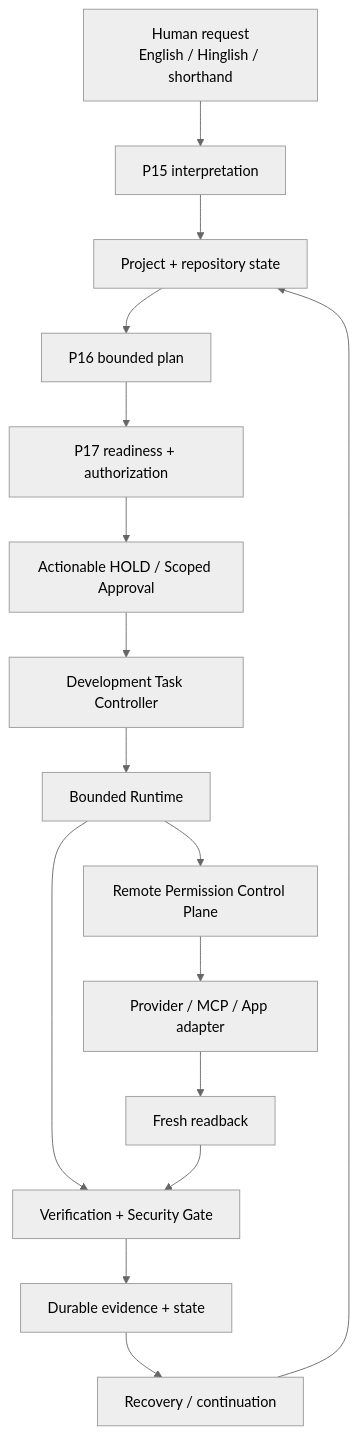
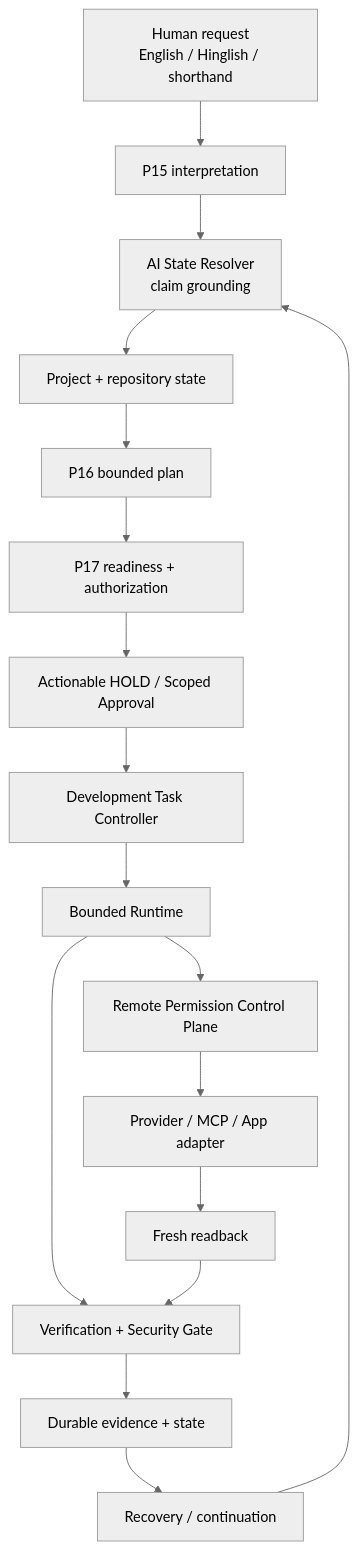
The first of 5 diagrams in docs/DEVOS-MASTER-ENGINEERING-MAP.md (zzpsah/chatgpt-development-os), drawn with Mermaid (neutral theme) before and after one commit. The commit also changed other lines of this file and 1 other file, not shown here.

Commit message:
Preserve resolver state in GitHub auth integration

````diff
--- a/docs/DEVOS-MASTER-ENGINEERING-MAP.md
+++ b/docs/DEVOS-MASTER-ENGINEERING-MAP.md
@@ -87,18 +87,19 @@
 ```mermaid
 flowchart TD
     U[Human request<br/>English / Hinglish / shorthand] --> P15[P15 interpretation]
-    P15 --> S[Project + repository state]
+    P15 --> SR[AI State Resolver<br/>claim grounding]
+    SR --> S[Project + repository state]
     S --> P16[P16 bounded plan]
     P16 --> P17[P17 readiness + authorization]
     P17 --> AH[Actionable HOLD / Scoped Approval]
     AH --> CTRL[Development Task Controller]
     CTRL --> RT[Bounded Runtime]
     RT --> V[Verification + Security Gate]
     V --> D[Durable evidence + state]
     D --> R[Recovery / continuation]
-    R --> S
+    R --> SR
     RT --> RP[Remote Permission Control Plane]
     RP --> PA[Provider / MCP / App adapter]
     PA --> FR[Fresh readback]
     FR --> V
 ```
````
